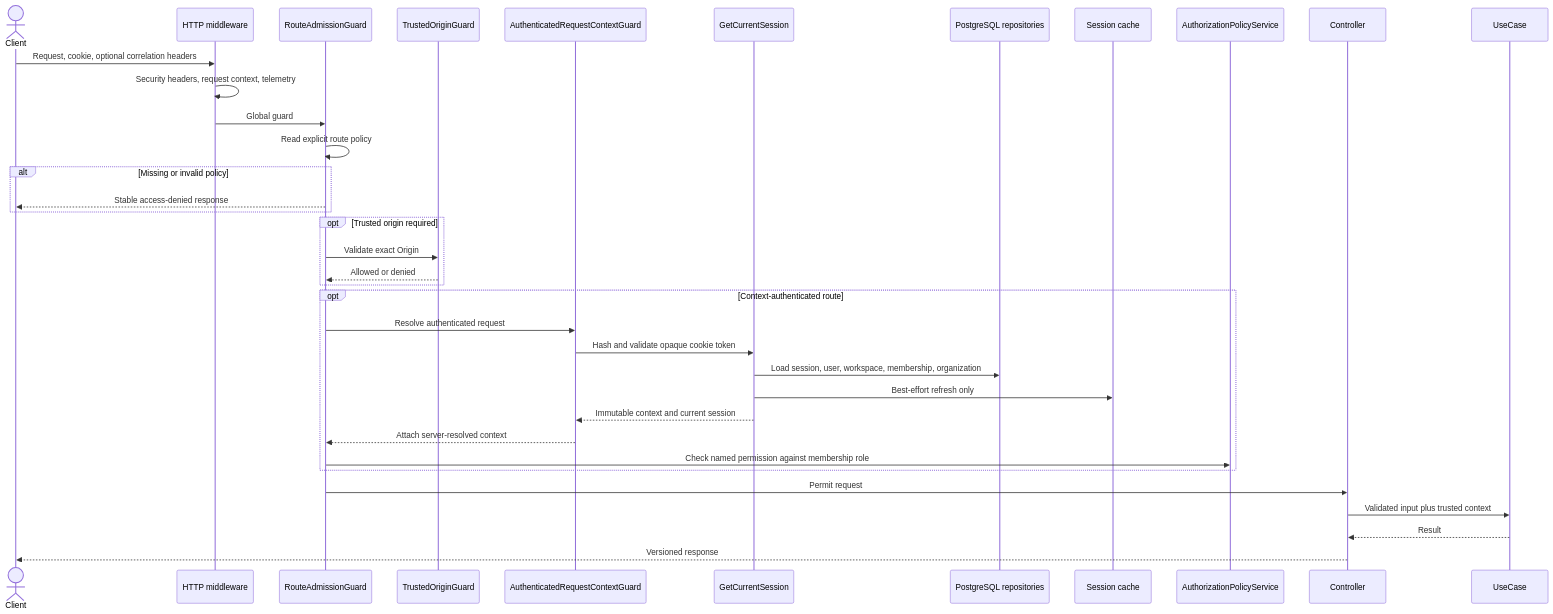
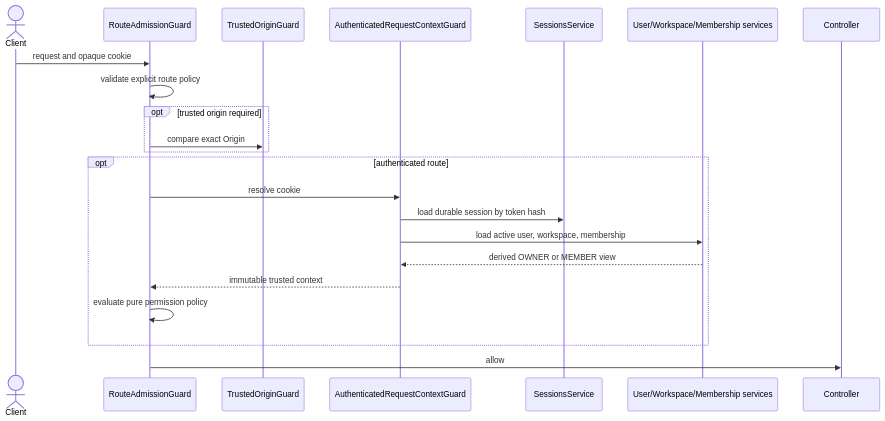
The diagram in docs/flows/protected-request-admission.md (KasraK2K/nexora-platform-core), drawn with Mermaid before and after one commit. The commit also changed other lines of this file and 167 other files, not shown here.

````diff
--- a/docs/flows/protected-request-admission.md
+++ b/docs/flows/protected-request-admission.md
@@ -9,39 +6,25 @@
 ```mermaid
 sequenceDiagram
     actor Client
-    participant Middleware as HTTP middleware
     participant Admission as RouteAdmissionGuard
     participant Origin as TrustedOriginGuard
-    participant Auth as AuthenticatedRequestContextGuard
-    participant Session as GetCurrentSession
-    participant DB as PostgreSQL repositories
-    participant Redis as Session cache
-    participant Policy as AuthorizationPolicyService
+    participant Context as AuthenticatedRequestContextGuard
+    participant Sessions as SessionsService
+    participant Features as User/Workspace/Membership services
     participant Controller
-    participant UseCase
 
-    Client->>Middleware: Request, cookie, optional correlation headers
-    Middleware->>Middleware: Security headers, request context, telemetry
-    Middleware->>Admission: Global guard
-    Admission->>Admission: Read explicit route policy
-    alt Missing or invalid policy
-        Admission-->>Client: Stable access-denied response
+    Client->>Admission: request and opaque cookie
+    Admission->>Admission: validate explicit route policy
+    opt trusted origin required
+        Admission->>Origin: compare exact Origin
     end
-    opt Trusted origin required
-        Admission->>Origin: Validate exact Origin
-        Origin-->>Admission: Allowed or denied
+    opt authenticated route
+        Admission->>Context: resolve cookie
+        Context->>Sessions: load durable session by token hash
+        Context->>Features: load active user, workspace, membership
+        Features-->>Context: derived OWNER or MEMBER view
+        Context-->>Admission: immutable trusted context
+        Admission->>Admission: evaluate pure permission policy
     end
-    opt Context-authenticated route
-        Admission->>Auth: Resolve authenticated request
-        Auth->>Session: Hash and validate opaque cookie token
-        Session->>DB: Load session, user, workspace, membership, organization
-        Session->>Redis: Best-effort refresh only
-        Session-->>Auth: Immutable context and current session
-        Auth-->>Admission: Attach server-resolved context
-        Admission->>Policy: Check named permission against membership role
-    end
-    Admission->>Controller: Permit request
-    Controller->>UseCase: Validated input plus trusted context
-    UseCase-->>Controller: Result
-    Controller-->>Client: Versioned response
+    Admission->>Controller: allow
 ```
````
